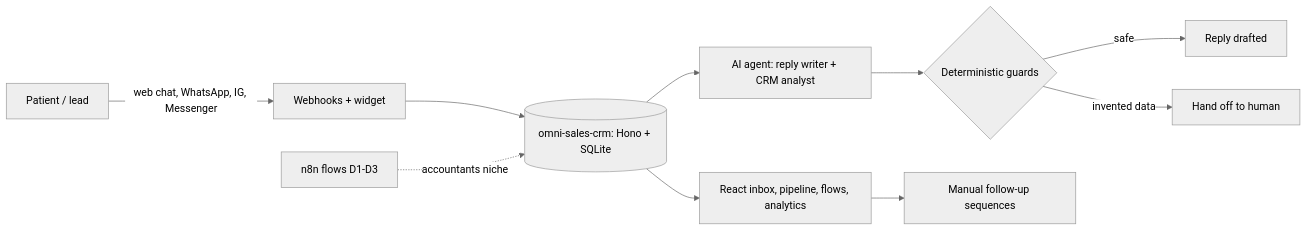
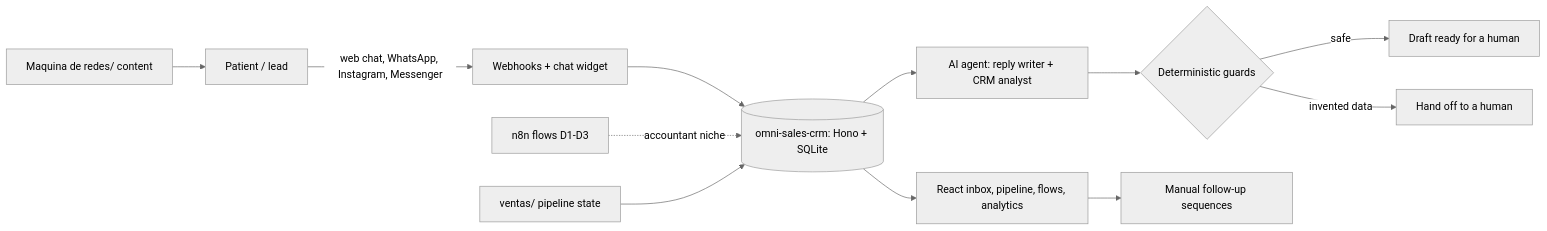
The diagram in README.md (Monoga2025/loovo), drawn with Mermaid (neutral theme) before and after one commit. The commit also changed other lines of this file and 2095 other files, not shown here.

````diff
--- a/README.md
+++ b/README.md
@@ -23,12 +21,14 @@
 ```mermaid
 flowchart LR
-    P[Patient / lead] -->|web chat, WhatsApp, IG, Messenger| W[Webhooks + widget]
+    P[Patient / lead] -->|web chat, WhatsApp, Instagram, Messenger| W[Webhooks + chat widget]
     W --> C[(omni-sales-crm: Hono + SQLite)]
     C --> A[AI agent: reply writer + CRM analyst]
     A --> G{Deterministic guards}
-    G -->|safe| R[Reply drafted]
-    G -->|invented data| H[Hand off to human]
+    G -->|safe| R[Draft ready for a human]
+    G -->|invented data| H[Hand off to a human]
     C --> UI[React inbox, pipeline, flows, analytics]
     UI --> S[Manual follow-up sequences]
-    N[n8n flows D1-D3] -. accountants niche .-> C
+    N[n8n flows D1-D3] -. accountant niche .-> C
+    V[ventas/ pipeline state] --> C
+    M[Maquina de redes/ content] --> P
 ```
````
